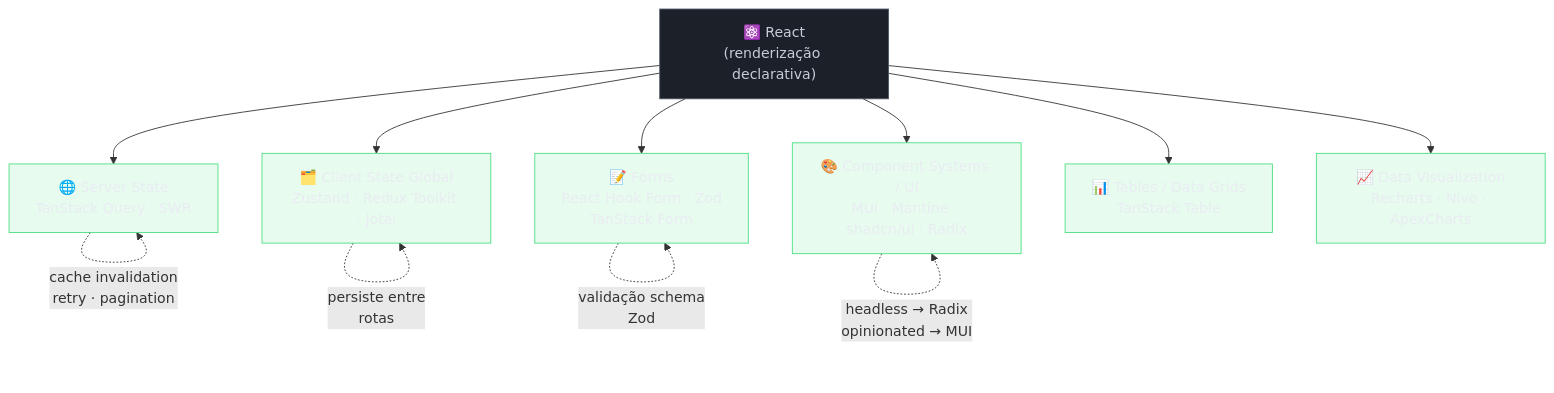
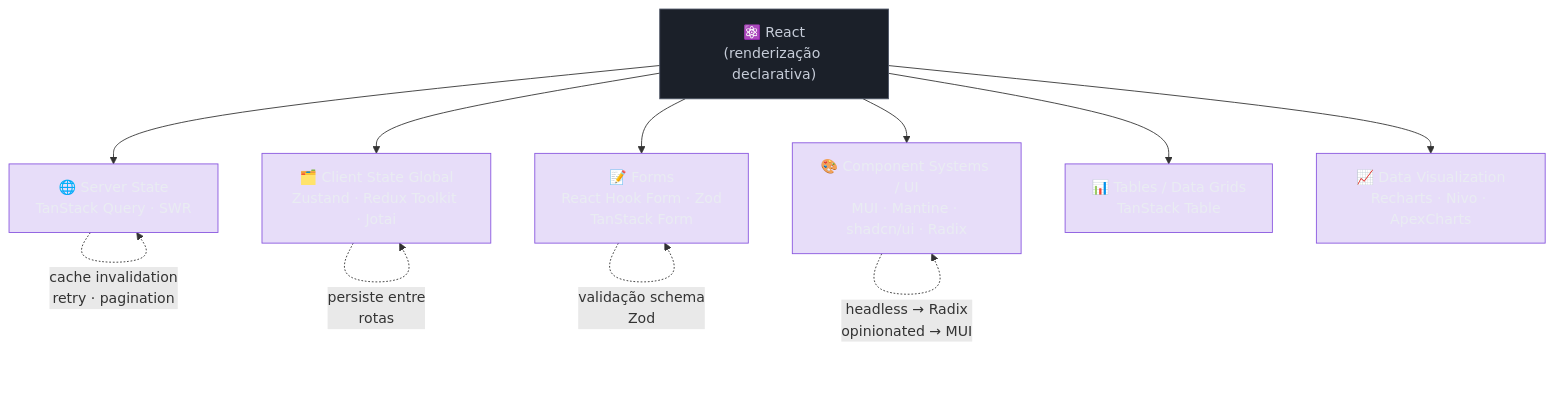
Before and after one commit to josenaldo/codex-technomanticus: the first of 2 diagrams in 03-Dominios/Tecnologia/React/Ecossistema/01 - O ecossistema React - o mapa.md, drawn with Mermaid. The commit also changed 601 other files, not shown here.

````diff
--- a/03-Dominios/Tecnologia/React/Ecossistema/01 - O ecossistema React - o mapa.md
+++ b/03-Dominios/Tecnologia/React/Ecossistema/01 - O ecossistema React - o mapa.md
@@ -168,26 +168,26 @@
 ```mermaid
 graph TD
+    classDef marca fill:#8855DF33,stroke:#8855DF,color:#E9ECF2
     classDef neutro fill:#1B2029,stroke:#4E5666,color:#C6CCD8
-    classDef ok fill:#4ADE8021,stroke:#4ADE80,color:#E9ECF2
     REACT["⚛️ React\n(renderização declarativa)"]
 
     REACT --> SS["🌐 Server State\nTanStack Query · SWR"]
     REACT --> CS["🗂️ Client State Global\nZustand · Redux Toolkit · Jotai"]
     REACT --> FM["📝 Forms\nReact Hook Form · Zod\nTanStack Form"]
     REACT --> UI["🎨 Component Systems / UI\nMUI · Mantine · shadcn/ui · Radix"]
     REACT --> TB["📊 Tables / Data Grids\nTanStack Table"]
     REACT --> DV["📈 Data Visualization\nRecharts · Nivo · ApexCharts"]
 
     SS -. "cache invalidation\nretry · pagination" .-> SS
     CS -. "persiste entre\nrotas" .-> CS
     FM -. "validação schema\nZod" .-> FM
     UI -. "headless → Radix\nopinionated → MUI" .-> UI
 
     class REACT neutro
-    class SS ok
-    class CS ok
-    class FM ok
-    class UI ok
-    class TB ok
-    class DV ok
+    class SS marca
+    class CS marca
+    class FM marca
+    class UI marca
+    class TB marca
+    class DV marca
 ```
````
